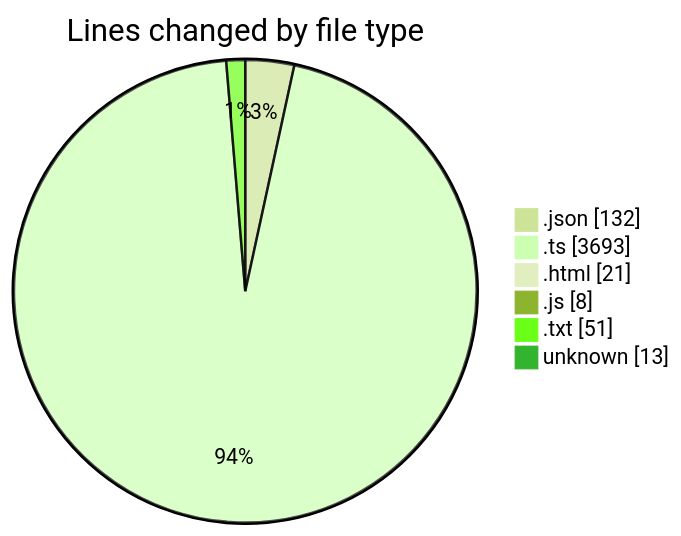
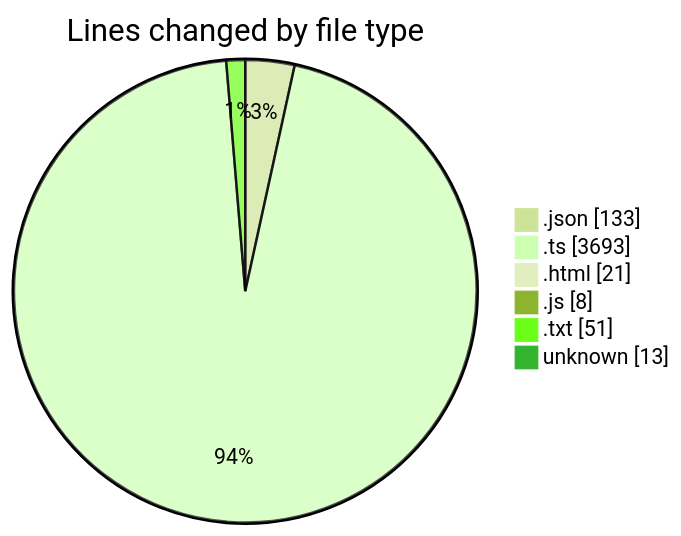
The first of 2 diagrams in 2026-02-02/singularitybrainai/README.md (tmsrecording-cyber/code-tracking), drawn with Mermaid (forest theme) before and after one commit. The commit also changed other lines of this file and 1 other file, not shown here.

````diff
--- a/2026-02-02/singularitybrainai/README.md
+++ b/2026-02-02/singularitybrainai/README.md
@@ -35,10 +35,10 @@
 ```mermaid
 pie showData
 title Lines changed by file type
-".json" : 132
+".json" : 133
 ".ts" : 3693
 ".html" : 21
 ".js" : 8
 ".txt" : 51
 "unknown" : 13
 ```
````
